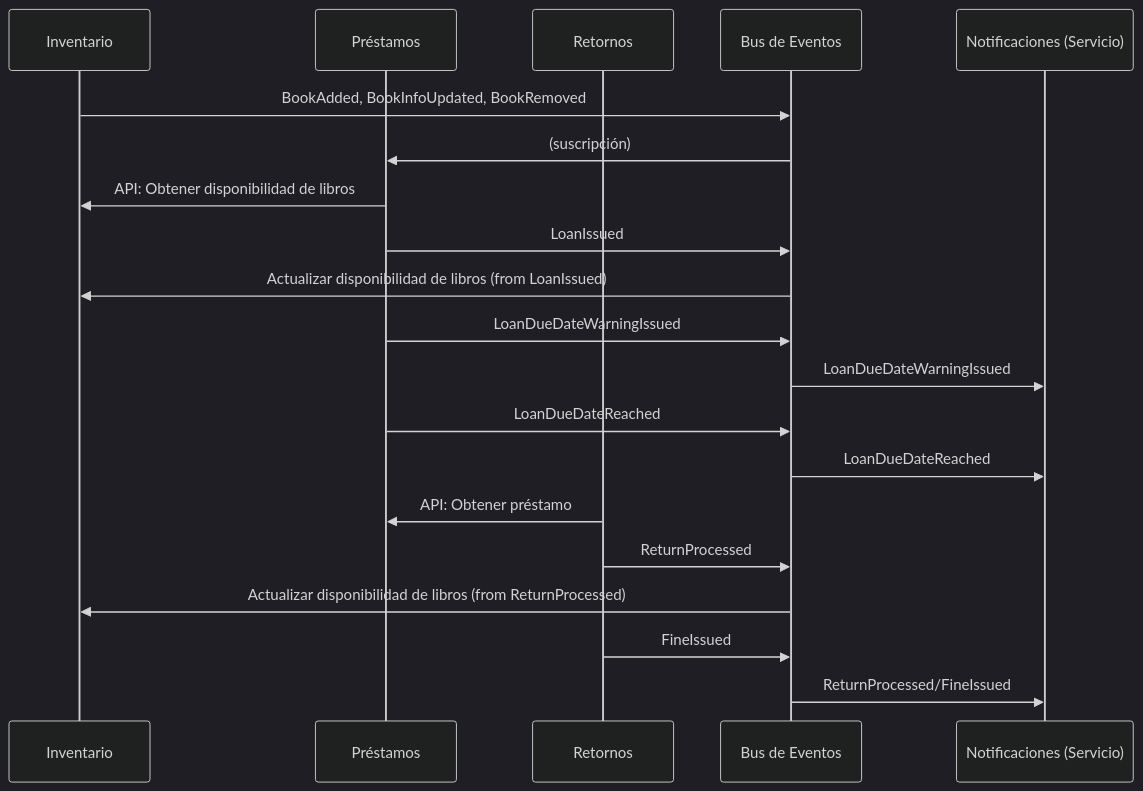
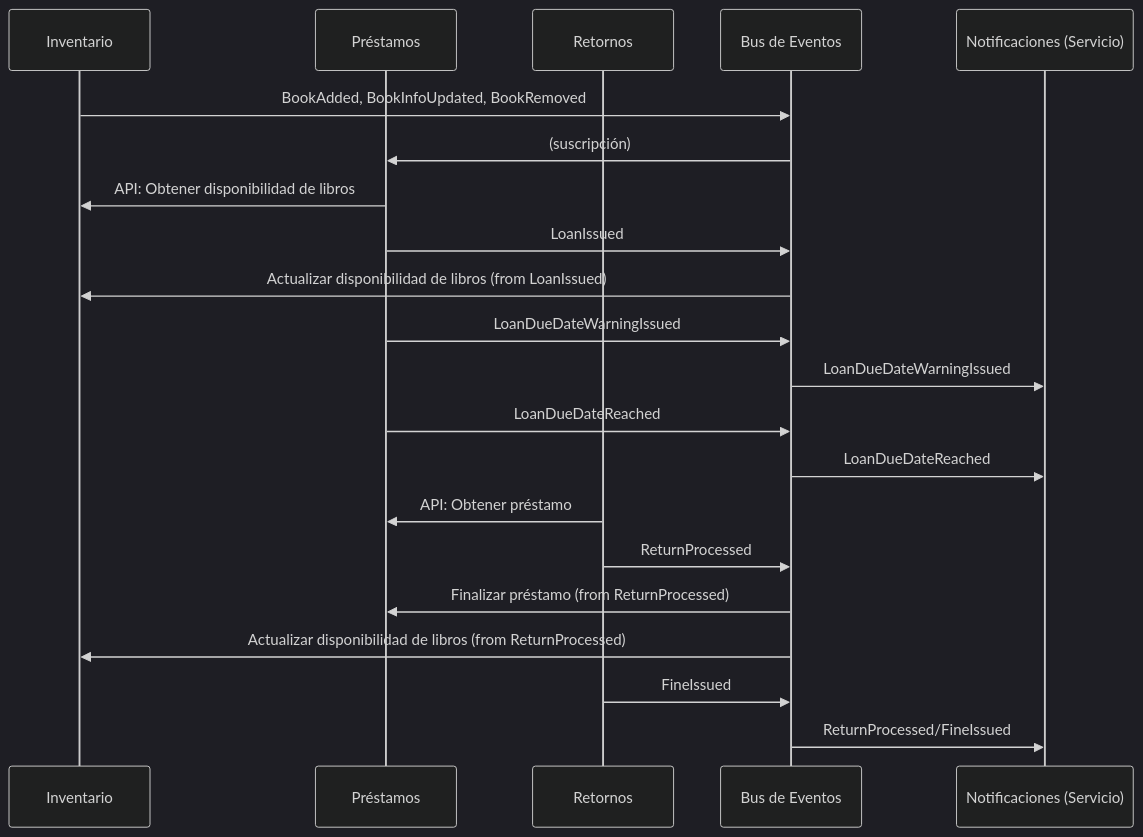
Before and after one commit to alebuzo/SOA-I-2026: the second of 2 diagrams in tarea1/README.md, drawn with Mermaid (dark theme). The commit also changed other lines of this file and 1 other file, not shown here.

````diff
--- a/tarea1/README.md
+++ b/tarea1/README.md
@@ -54,23 +57,24 @@
 ``` mermaid
 sequenceDiagram
     participant Inventario as Inventario
     participant Prestamos as Préstamos
     participant Retornos as Retornos
     participant Bus as Bus de Eventos
     participant Notificaciones as Notificaciones (Servicio)
 
     Inventario->>Bus: BookAdded, BookInfoUpdated, BookRemoved
     Bus->>Prestamos: (suscripción)
     Prestamos->>Inventario: API: Obtener disponibilidad de libros
     Prestamos->>Bus: LoanIssued
     Bus->>Inventario: Actualizar disponibilidad de libros (from LoanIssued)
     Prestamos->>Bus: LoanDueDateWarningIssued
     Bus->>Notificaciones: LoanDueDateWarningIssued
     Prestamos->>Bus: LoanDueDateReached
     Bus->>Notificaciones: LoanDueDateReached
     Retornos->>Prestamos: API: Obtener préstamo
     Retornos->>Bus: ReturnProcessed
+    Bus->>Prestamos: Finalizar préstamo (from ReturnProcessed)
     Bus->>Inventario: Actualizar disponibilidad de libros (from ReturnProcessed)
     Retornos->>Bus: FineIssued
     Bus->>Notificaciones: ReturnProcessed/FineIssued
 ```
````
